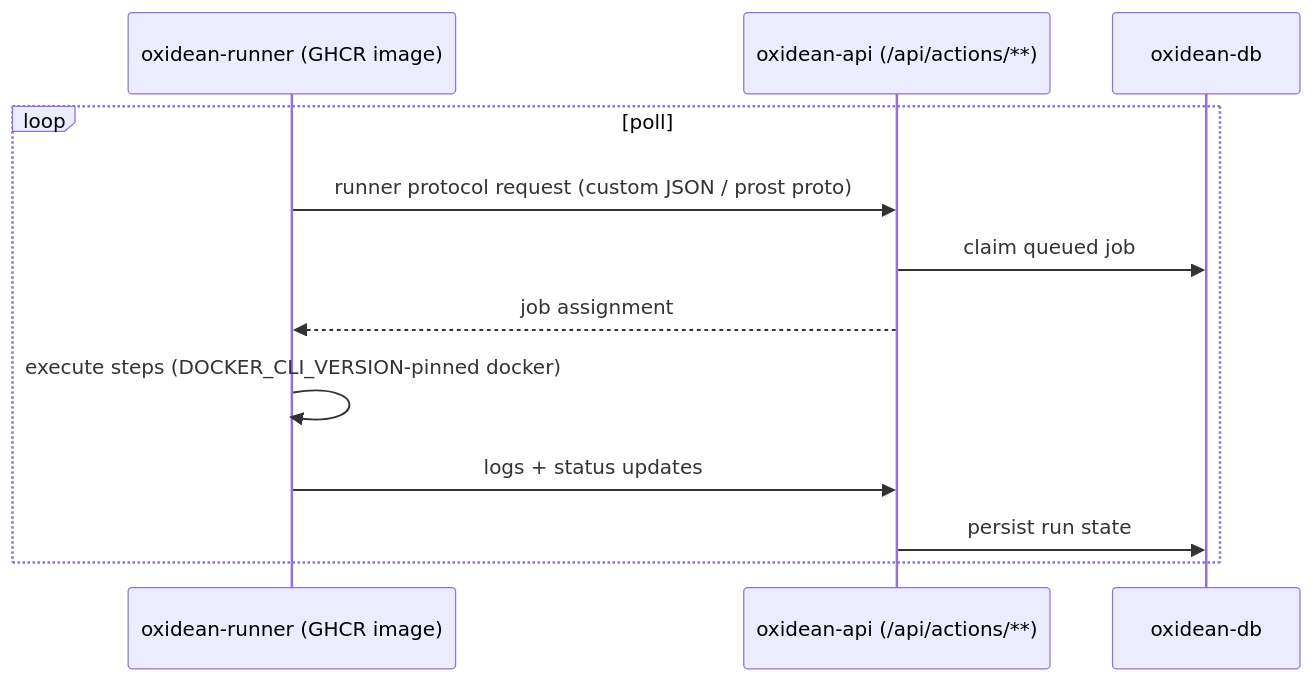
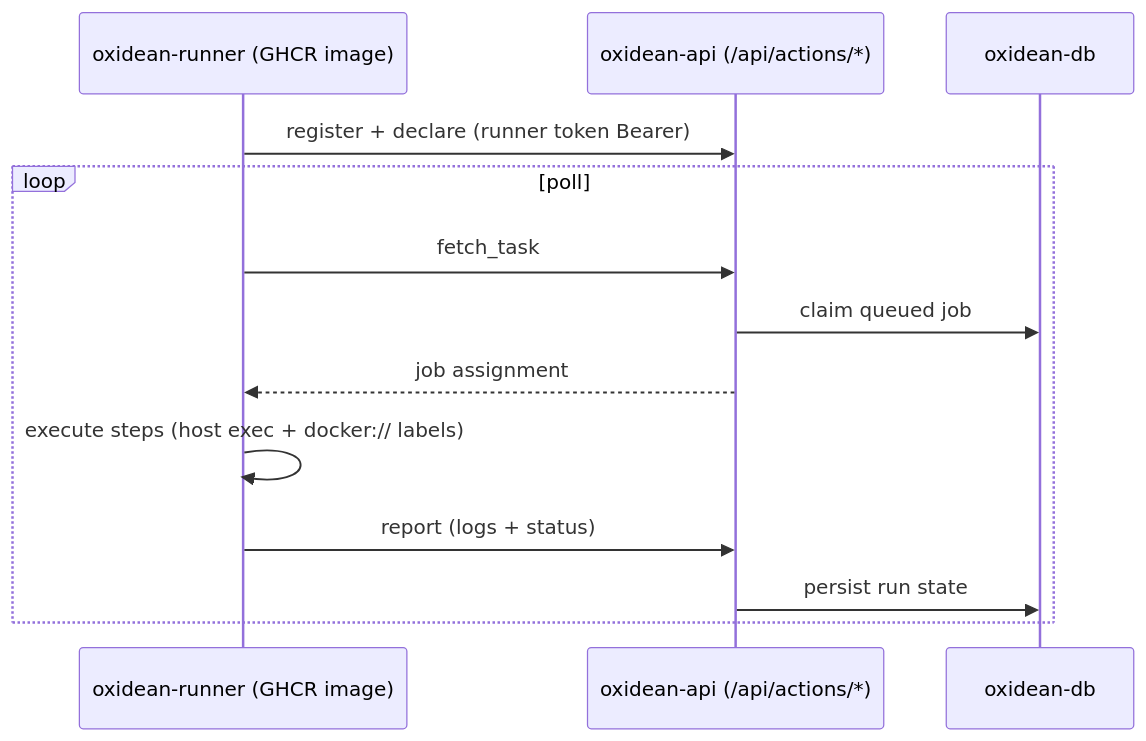
Before and after one commit to oxidean/oxidean: the sixth of 7 diagrams in aidlc/spaces/default/codekb/oxidean-app/architecture.md, drawn with Mermaid. The commit also changed other lines of this file and 623 other files, not shown here.

````diff
--- a/aidlc/spaces/default/codekb/oxidean-app/architecture.md
+++ b/aidlc/spaces/default/codekb/oxidean-app/architecture.md
@@ -214,15 +256,16 @@
 ```mermaid
 sequenceDiagram
     participant R as oxidean-runner (GHCR image)
-    participant A as oxidean-api (/api/actions/**)
+    participant A as oxidean-api (/api/actions/*)
     participant D as oxidean-db
 
+    R->>A: register + declare (runner token Bearer)
     loop poll
-        R->>A: runner protocol request (custom JSON / prost proto)
+        R->>A: fetch_task
         A->>D: claim queued job
         A-->>R: job assignment
-        R->>R: execute steps (DOCKER_CLI_VERSION-pinned docker)
-        R->>A: logs + status updates
+        R->>R: execute steps (host exec + docker:// labels)
+        R->>A: report (logs + status)
         A->>D: persist run state
     end
 ```
````
